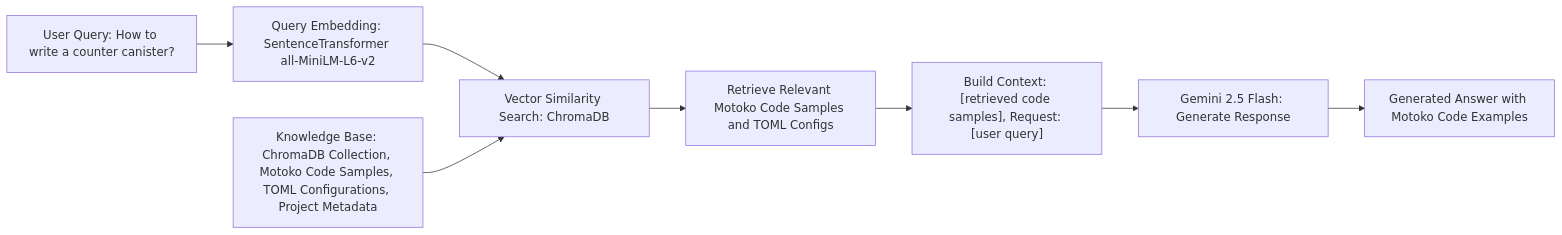
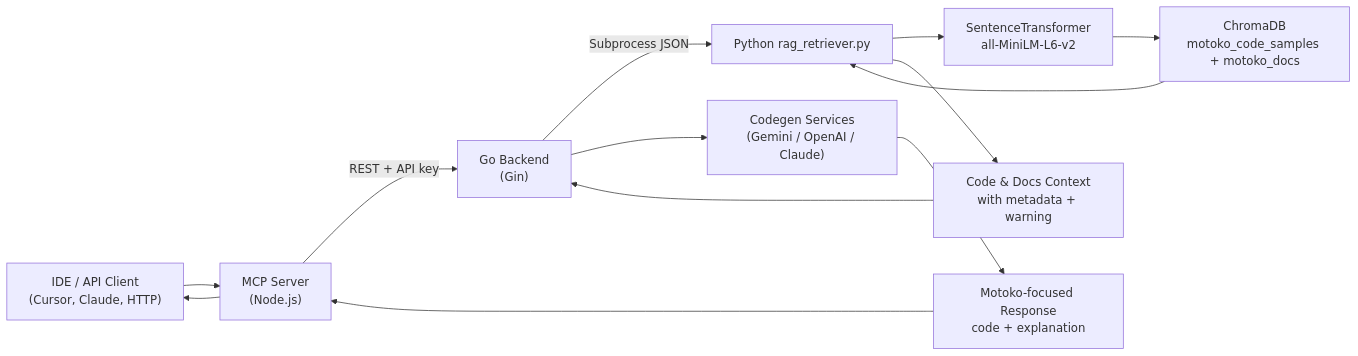
One commit to Quantum3-Labs/icp-coder changed the first of 4 diagrams in RAG_APPROACH_DIAGRAM.md. Above: the diagram before and after it, drawn with Mermaid. The commit also changed other lines of this file and 3 other files, not shown here.

Commit message:
Update rag diagrams, add architecture diagram

````diff
--- a/RAG_APPROACH_DIAGRAM.md
+++ b/RAG_APPROACH_DIAGRAM.md
@@ -5,12 +5,14 @@
 ```mermaid
 graph LR
-    A["User Query: How to write a counter canister?"] --> B
-    B["Query Embedding: SentenceTransformer all-MiniLM-L6-v2"] --> C
-    C["Vector Similarity Search: ChromaDB"] --> D
-    D["Retrieve Relevant Motoko Code Samples and TOML Configs"] --> E
-    E["Build Context: [retrieved code samples], Request: [user query]"] --> F
-    F["Gemini 2.5 Flash: Generate Response"] --> G
-    G["Generated Answer with Motoko Code Examples"]
-    H["Knowledge Base: ChromaDB Collection, Motoko Code Samples, TOML Configurations, Project Metadata"] --> C
-    %% Styling removed for GitHub compatibility
+    IDE["IDE / API Client<br/>(Cursor, Claude, HTTP)"] --> MCP["MCP Server<br/>(Node.js)"]
+    MCP -->|REST + API key| GoAPI["Go Backend<br/>(Gin)"]
+    GoAPI -->|Subprocess JSON| PyRetriever["Python rag_retriever.py"]
+    PyRetriever --> Embed["SentenceTransformer<br/>all-MiniLM-L6-v2"]
+    Embed --> Chroma["ChromaDB<br/>motoko_code_samples + motoko_docs"]
+    Chroma --> PyRetriever
+    PyRetriever --> Context["Code & Docs Context<br/>with metadata + warning"]
+    Context --> GoAPI
+    GoAPI --> Provider["Codegen Services<br/>(Gemini / OpenAI / Claude)"]
+    Provider --> Response["Motoko-focused Response<br/>code + explanation"]
+    Response --> MCP --> IDE
 ```
````
